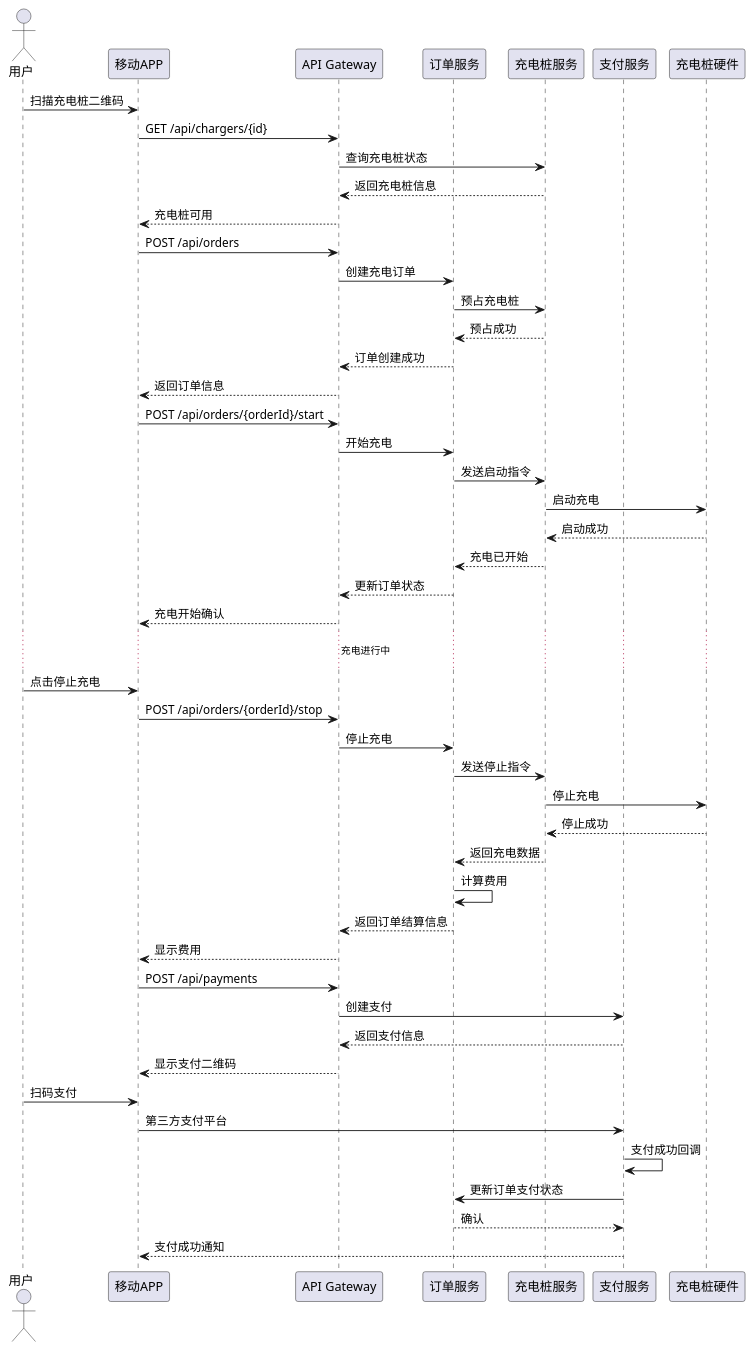
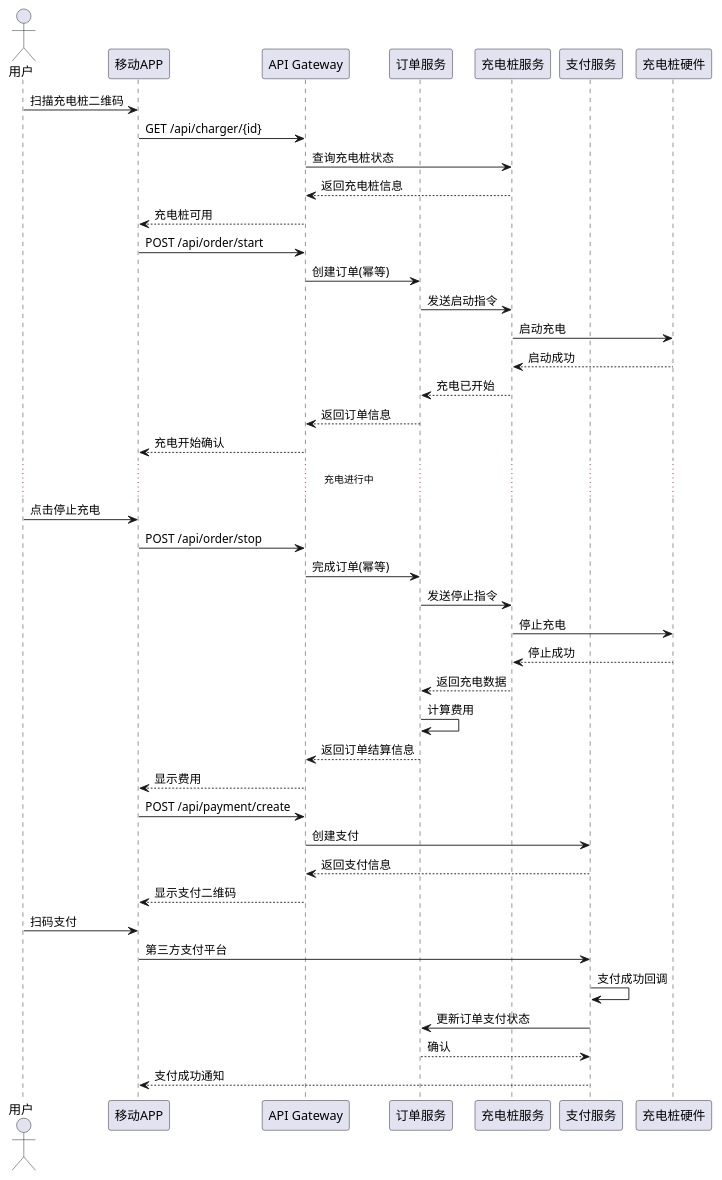
One commit to Big-Dao/evcs-mgr changed the first of 3 diagrams in docs/references/API-DOCUMENTATION.md. Above: the diagram before and after it, drawn with PlantUML. The commit also changed other lines of this file, not shown here.

Commit message:
feat: Update API documentation to version 1.3 with revised paths and module descriptions

````diff
--- a/docs/references/API-DOCUMENTATION.md
+++ b/docs/references/API-DOCUMENTATION.md
@@ -713,59 +279,52 @@
 ```plantuml
 @startuml
 actor 用户 as User
 participant "移动APP" as App
 participant "API Gateway" as Gateway
 participant "订单服务" as Order
 participant "充电桩服务" as Charger
 participant "支付服务" as Payment
 participant "充电桩硬件" as Hardware
 
 User -> App: 扫描充电桩二维码
-App -> Gateway: GET /api/chargers/{id}
+App -> Gateway: GET /api/charger/{id}
 Gateway -> Charger: 查询充电桩状态
 Charger --> Gateway: 返回充电桩信息
 Gateway --> App: 充电桩可用
 
-App -> Gateway: POST /api/orders
-Gateway -> Order: 创建充电订单
-Order -> Charger: 预占充电桩
-Charger --> Order: 预占成功
-Order --> Gateway: 订单创建成功
-Gateway --> App: 返回订单信息
-
-App -> Gateway: POST /api/orders/{orderId}/start
-Gateway -> Order: 开始充电
+App -> Gateway: POST /api/order/start
+Gateway -> Order: 创建订单(幂等)
 Order -> Charger: 发送启动指令
 Charger -> Hardware: 启动充电
 Hardware --> Charger: 启动成功
 Charger --> Order: 充电已开始
-Order --> Gateway: 更新订单状态
+Order --> Gateway: 返回订单信息
 Gateway --> App: 充电开始确认
 
 ... 充电进行中 ...
 
 User -> App: 点击停止充电
-App -> Gateway: POST /api/orders/{orderId}/stop
-Gateway -> Order: 停止充电
+App -> Gateway: POST /api/order/stop
+Gateway -> Order: 完成订单(幂等)
 Order -> Charger: 发送停止指令
 Charger -> Hardware: 停止充电
 Hardware --> Charger: 停止成功
 Charger --> Order: 返回充电数据
 Order -> Order: 计算费用
 Order --> Gateway: 返回订单结算信息
 Gateway --> App: 显示费用
 
-App -> Gateway: POST /api/payments
+App -> Gateway: POST /api/payment/create
 Gateway -> Payment: 创建支付
 Payment --> Gateway: 返回支付信息
 Gateway --> App: 显示支付二维码
 
 User -> App: 扫码支付
 App -> Payment: 第三方支付平台
 Payment -> Payment: 支付成功回调
 Payment -> Order: 更新订单支付状态
 Order --> Payment: 确认
 Payment --> App: 支付成功通知
 
 @enduml
 ```
````
